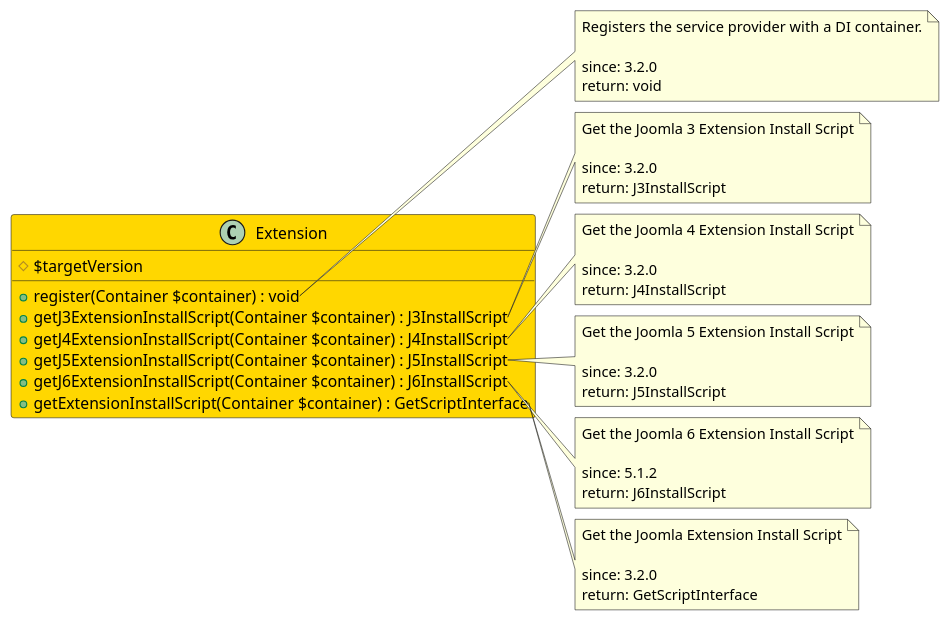
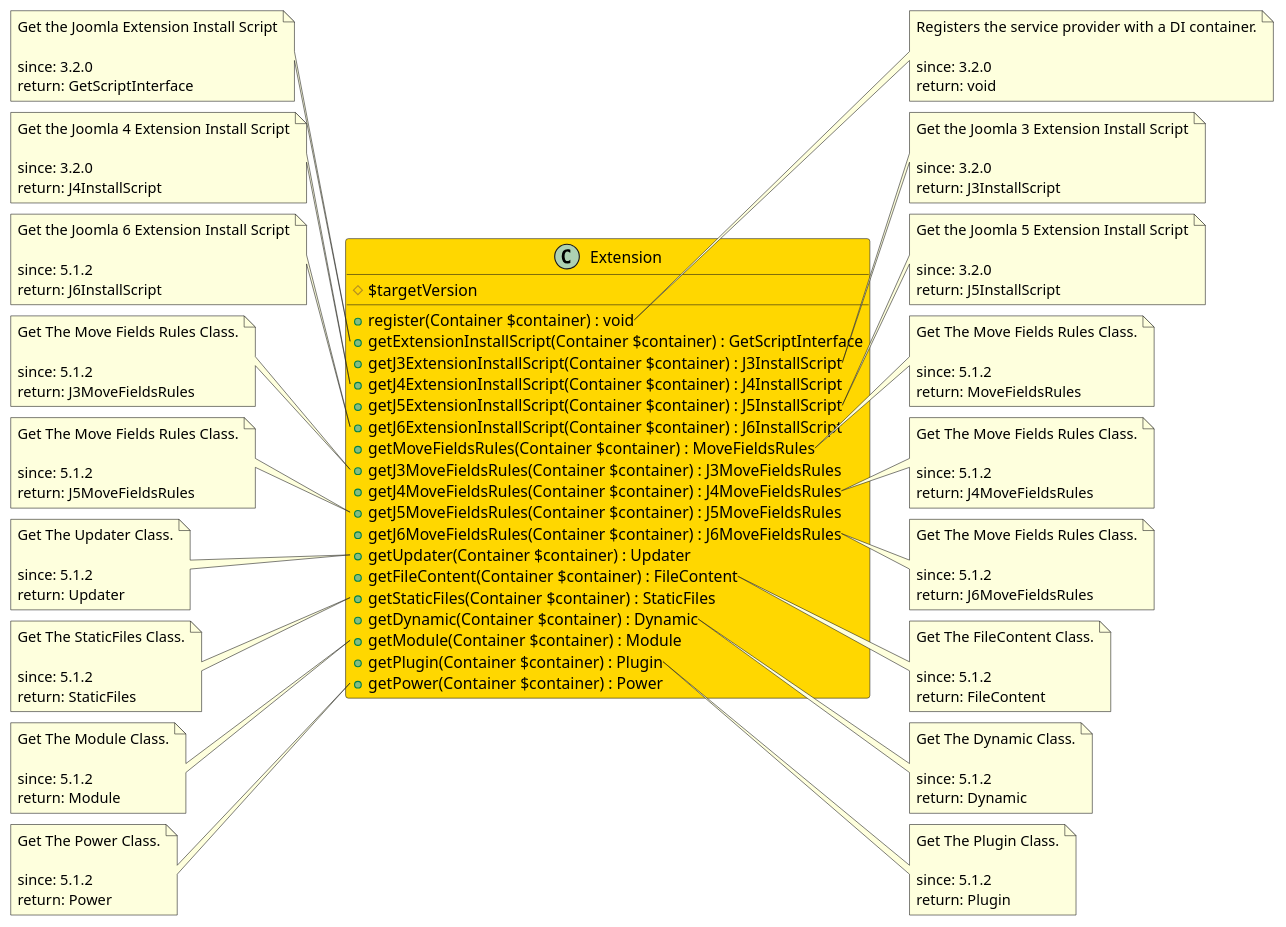
One commit to joomengine/jcb-compiler changed the diagram in src/ed9591cb-0a03-400a-bf47-eaf78ab19b9d/README.md. Above: the diagram before and after it, drawn with PlantUML. The commit also changed 81 other files, not shown here.

```diff
--- a/src/ed9591cb-0a03-400a-bf47-eaf78ab19b9d/README.md
+++ b/src/ed9591cb-0a03-400a-bf47-eaf78ab19b9d/README.md
@@ -8,11 +8,23 @@
 class Extension  #Gold {
   # $targetVersion
   + register(Container $container) : void
+  + getExtensionInstallScript(Container $container) : GetScriptInterface
   + getJ3ExtensionInstallScript(Container $container) : J3InstallScript
   + getJ4ExtensionInstallScript(Container $container) : J4InstallScript
   + getJ5ExtensionInstallScript(Container $container) : J5InstallScript
   + getJ6ExtensionInstallScript(Container $container) : J6InstallScript
-  + getExtensionInstallScript(Container $container) : GetScriptInterface
+  + getMoveFieldsRules(Container $container) : MoveFieldsRules
+  + getJ3MoveFieldsRules(Container $container) : J3MoveFieldsRules
+  + getJ4MoveFieldsRules(Container $container) : J4MoveFieldsRules
+  + getJ5MoveFieldsRules(Container $container) : J5MoveFieldsRules
+  + getJ6MoveFieldsRules(Container $container) : J6MoveFieldsRules
+  + getUpdater(Container $container) : Updater
+  + getFileContent(Container $container) : FileContent
+  + getStaticFiles(Container $container) : StaticFiles
+  + getDynamic(Container $container) : Dynamic
+  + getModule(Container $container) : Module
+  + getPlugin(Container $container) : Plugin
+  + getPower(Container $container) : Power
 }
 
 note right of Extension::register
@@ -22,6 +34,13 @@
   return: void
 end note
 
+note left of Extension::getExtensionInstallScript
+  Get the Joomla Extension Install Script
+
+  since: 3.2.0
+  return: GetScriptInterface
+end note
+
 note right of Extension::getJ3ExtensionInstallScript
   Get the Joomla 3 Extension Install Script
 
@@ -29,7 +48,7 @@
   return: J3InstallScript
 end note
 
-note right of Extension::getJ4ExtensionInstallScript
+note left of Extension::getJ4ExtensionInstallScript
   Get the Joomla 4 Extension Install Script
 
   since: 3.2.0
@@ -43,18 +62,95 @@
   return: J5InstallScript
 end note
 
-note right of Extension::getJ6ExtensionInstallScript
+note left of Extension::getJ6ExtensionInstallScript
   Get the Joomla 6 Extension Install Script
 
   since: 5.1.2
   return: J6InstallScript
 end note
 
-note right of Extension::getExtensionInstallScript
-  Get the Joomla Extension Install Script
+note right of Extension::getMoveFieldsRules
+  Get The Move Fields Rules Class.
 
-  since: 3.2.0
-  return: GetScriptInterface
+  since: 5.1.2
+  return: MoveFieldsRules
+end note
+
+note left of Extension::getJ3MoveFieldsRules
+  Get The Move Fields Rules Class.
+
+  since: 5.1.2
+  return: J3MoveFieldsRules
+end note
+
+note right of Extension::getJ4MoveFieldsRules
+  Get The Move Fields Rules Class.
+
+  since: 5.1.2
+  return: J4MoveFieldsRules
+end note
+
+note left of Extension::getJ5MoveFieldsRules
+  Get The Move Fields Rules Class.
+
+  since: 5.1.2
+  return: J5MoveFieldsRules
+end note
+
+note right of Extension::getJ6MoveFieldsRules
+  Get The Move Fields Rules Class.
+
+  since: 5.1.2
+  return: J6MoveFieldsRules
+end note
+
+note left of Extension::getUpdater
+  Get The Updater Class.
+
+  since: 5.1.2
+  return: Updater
+end note
+
+note right of Extension::getFileContent
+  Get The FileContent Class.
+
+  since: 5.1.2
+  return: FileContent
+end note
+
+note left of Extension::getStaticFiles
+  Get The StaticFiles Class.
+
+  since: 5.1.2
+  return: StaticFiles
+end note
+
+note right of Extension::getDynamic
+  Get The Dynamic Class.
+
+  since: 5.1.2
+  return: Dynamic
+end note
+
+note left of Extension::getModule
+  Get The Module Class.
+
+  since: 5.1.2
+  return: Module
+end note
+
+note right of Extension::getPlugin
+  Get The Plugin Class.
+
+  since: 5.1.2
+  return: Plugin
+end note
+
+note left of Extension::getPower
+  Get The Power Class.
+
+  since: 5.1.2
+  return: Power
 end note
 
 @enduml
```
